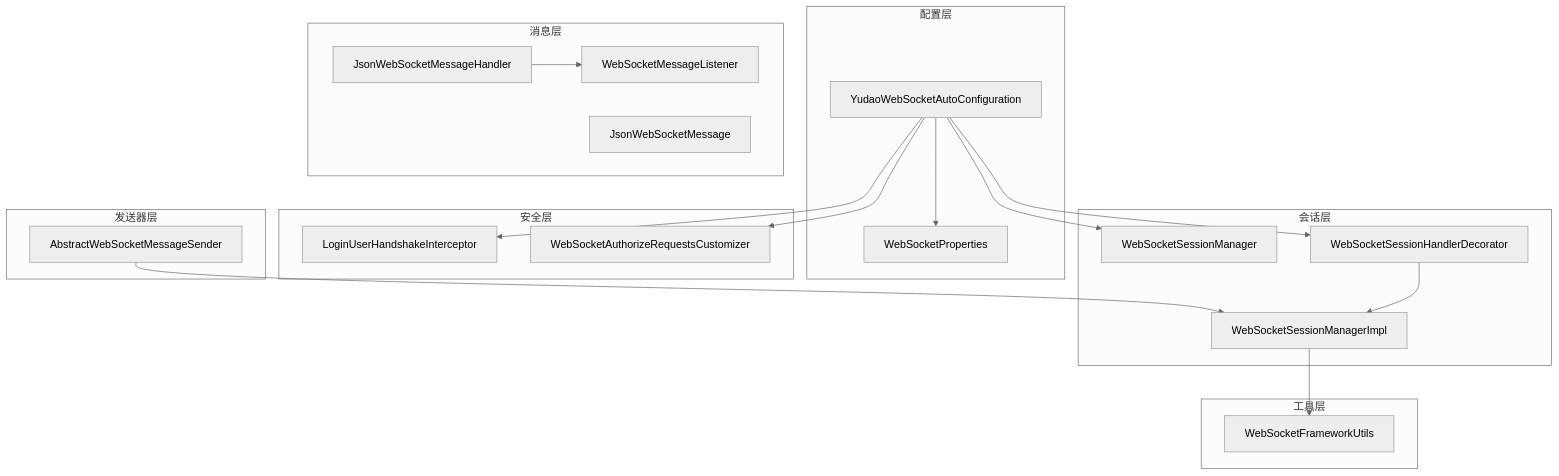
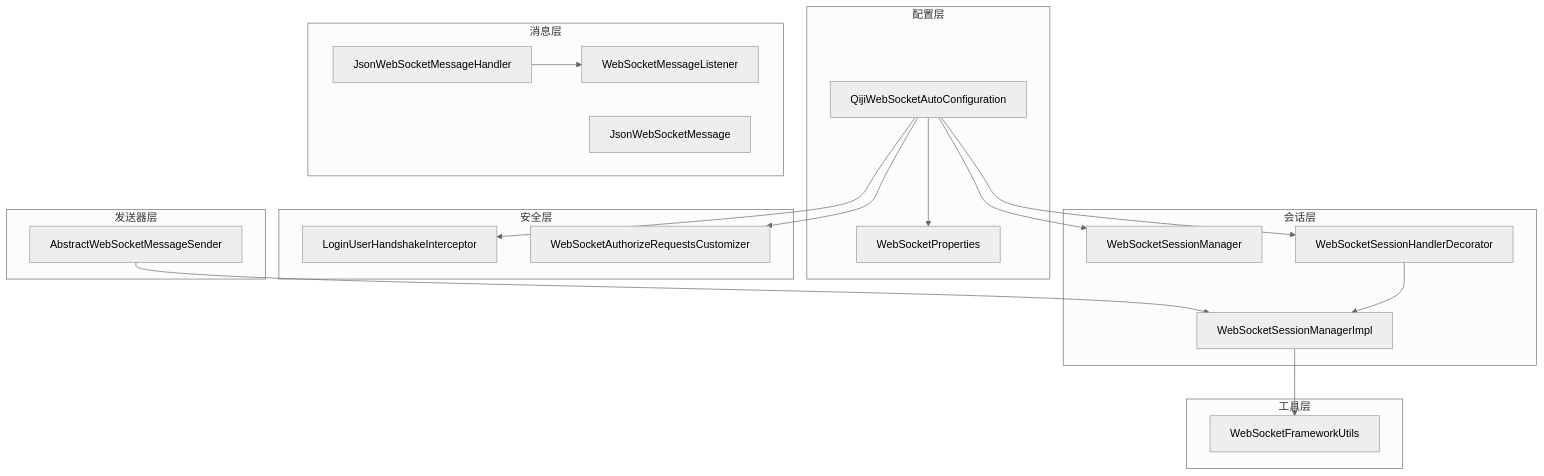
Before and after one commit to zhuangpengLI/AgenticCPS: the first of 7 diagrams in backend/.qoder/repowiki/zh/content/核心业务模块/基础设施模块/WebSocket通信.md, drawn with Mermaid (neutral theme). The commit also changed other lines of this file and 3489 other files, not shown here.

````diff
--- a/backend/.qoder/repowiki/zh/content/核心业务模块/基础设施模块/WebSocket通信.md
+++ b/backend/.qoder/repowiki/zh/content/核心业务模块/基础设施模块/WebSocket通信.md
@@ -44,36 +44,36 @@
 ```mermaid
 graph TB
 subgraph "配置层"
-A[YudaoWebSocketAutoConfiguration]
+A[QijiWebSocketAutoConfiguration]
 B[WebSocketProperties]
 end
 subgraph "会话层"
 C[WebSocketSessionManager]
 D[WebSocketSessionManagerImpl]
 E[WebSocketSessionHandlerDecorator]
 end
 subgraph "消息层"
 F[JsonWebSocketMessageHandler]
 G[JsonWebSocketMessage]
 H[WebSocketMessageListener]
 end
 subgraph "安全层"
 I[LoginUserHandshakeInterceptor]
 J[WebSocketAuthorizeRequestsCustomizer]
 end
 subgraph "发送器层"
 K[AbstractWebSocketMessageSender]
 end
 subgraph "工具层"
 L[WebSocketFrameworkUtils]
 end
 A --> E
 A --> C
 A --> B
 A --> I
 A --> J
 E --> D
 F --> H
 K --> D
 D --> L
 ```
````
